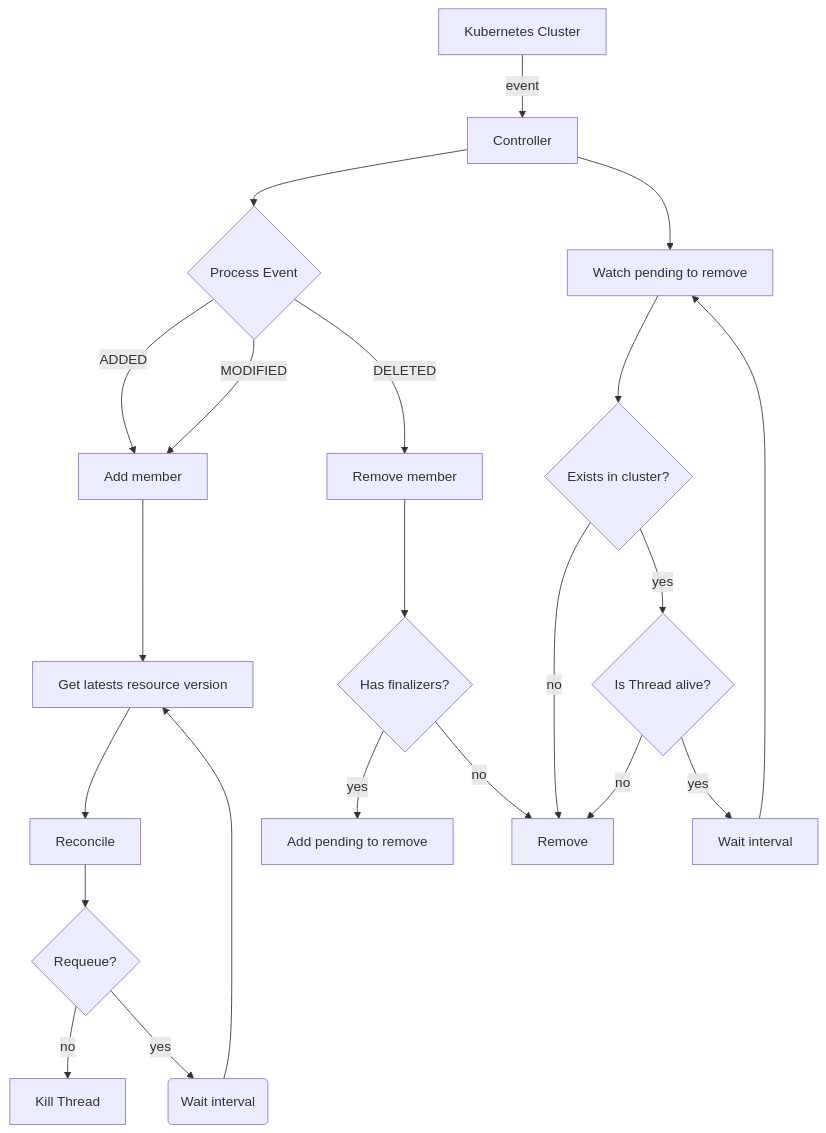
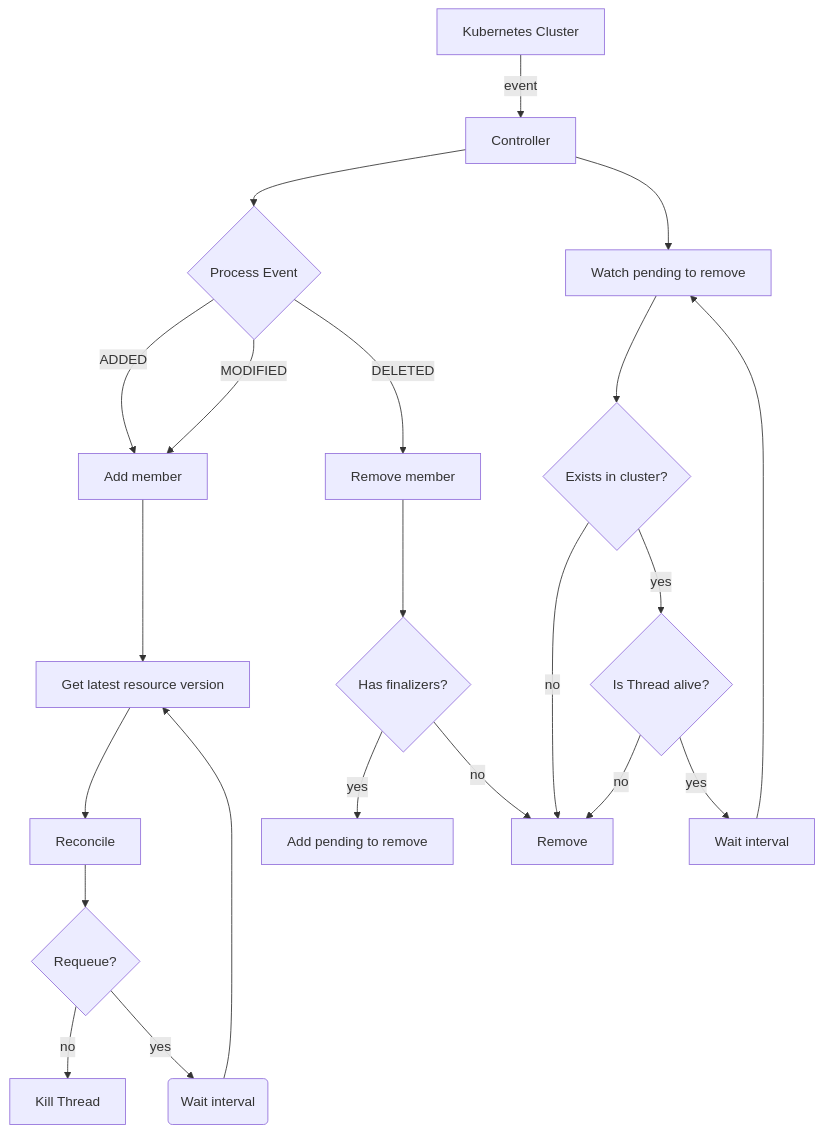
Before and after one commit to jedwards94/kuroboros: the first of 2 diagrams in README.MD, drawn with Mermaid. The commit also changed other lines of this file and 8 other files, not shown here.

````diff
--- a/README.MD
+++ b/README.MD
@@ -19,26 +22,26 @@
 ```mermaid
 flowchart TD;
     KC[Kubernetes Cluster]-->|event| C[Controller]
     C --> E{Process Event}
     E -->|ADDED| A[Added]
     E -->|MODIFIED| A[Add member]
     E -->|DELETED| R[Remove member]
-    A --> GL[Get latests resource version]
+    A --> GL[Get latest resource version]
     GL --> RE[Reconcile]
     RE --> RQ{Requeue?}
     RQ -->|no| END[Kill Thread]
     RQ -->|yes| IN(Wait interval)
     IN -->GL
 
     R--> CF{Has finalizers?}
     CF -->|yes| PR[Add pending to remove]
     CF -->|no| RR[Remove]
 
     C --> WPR[Watch pending to remove]
     WPR -->EX{Exists in cluster?}
     EX -->|no| RR
     EX -->|yes| TA{Is Thread alive?}
     TA -->|no| RR
     TA -->|yes| SLE[Wait interval]
     SLE -->WPR
 ```
````
